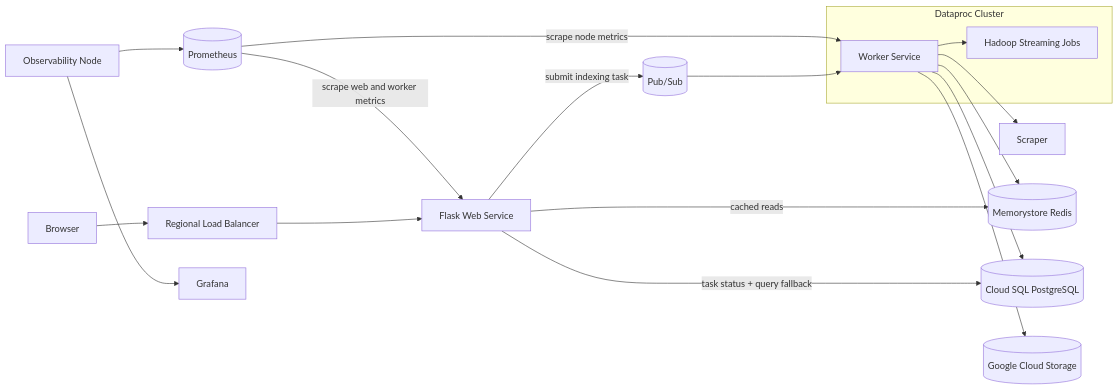
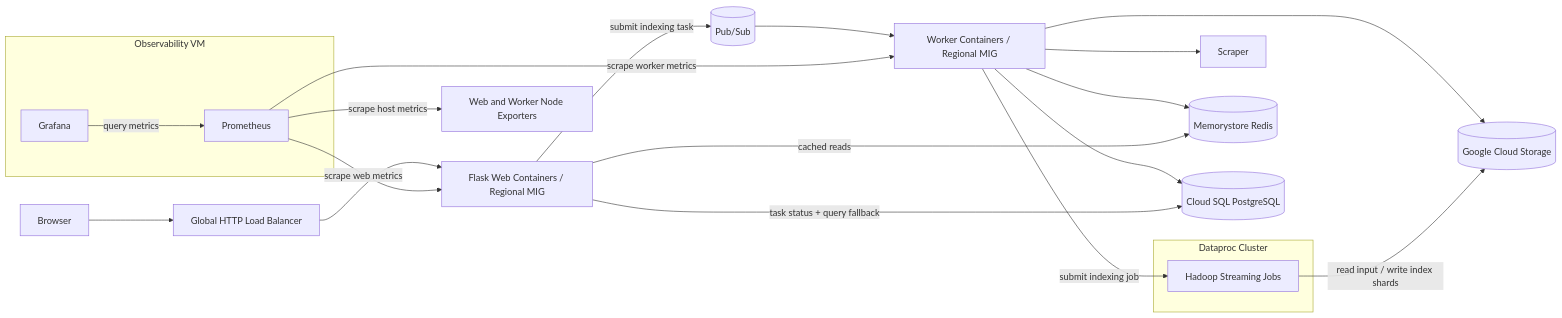
The diagram in README.md (Davidlasky/ScholarMiner), drawn with Mermaid before and after one commit. The commit also changed other lines of this file, not shown here.

Commit message:
docs(readme): align architecture and deployment guidance

````diff
--- a/README.md
+++ b/README.md
@@ -34,24 +36,30 @@
 ```mermaid
 flowchart LR
-    U[Browser] --> LB[Regional Load Balancer]
-    LB --> W[Flask Web Service]
+    U[Browser] --> LB[Global HTTP Load Balancer]
+    LB --> W[Flask Web Containers / Regional MIG]
 
     W -->|submit indexing task| Q[(Pub/Sub)]
-    Q --> B[Worker Service]
+    Q --> B[Worker Containers / Regional MIG]
 
     subgraph DP[Dataproc Cluster]
-        B --> H[Hadoop Streaming Jobs]
+        H[Hadoop Streaming Jobs]
     end
 
+    B -->|submit indexing job| H
     B --> S[Scraper]
     B --> R[(Memorystore Redis)]
     B --> P[(Cloud SQL PostgreSQL)]
     B --> G[(Google Cloud Storage)]
-    O[Observability Node] --> M[(Prometheus)]
-    O --> D[Grafana]
+    H -->|read input / write index shards| G
+    subgraph O[Observability VM]
+        M[Prometheus]
+        D[Grafana]
+    end
+    D -->|query metrics| M
 
     W -->|task status + query fallback| P
     W -->|cached reads| R
-    M -->|scrape web and worker metrics| W
-    M -->|scrape node metrics| B
+    M -->|scrape web metrics| W
+    M -->|scrape worker metrics| B
+    M -->|scrape host metrics| N[Web and Worker Node Exporters]
 ```
````
